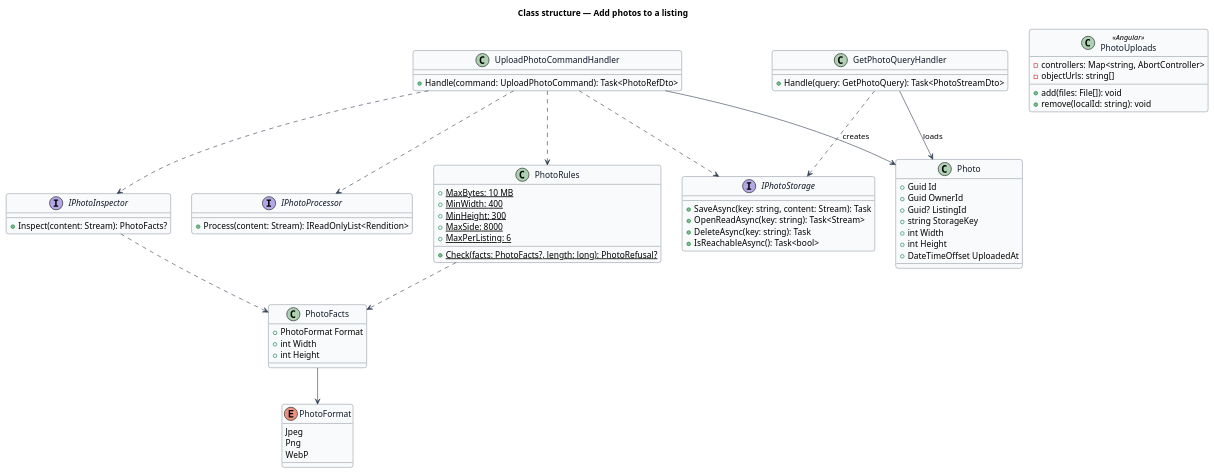
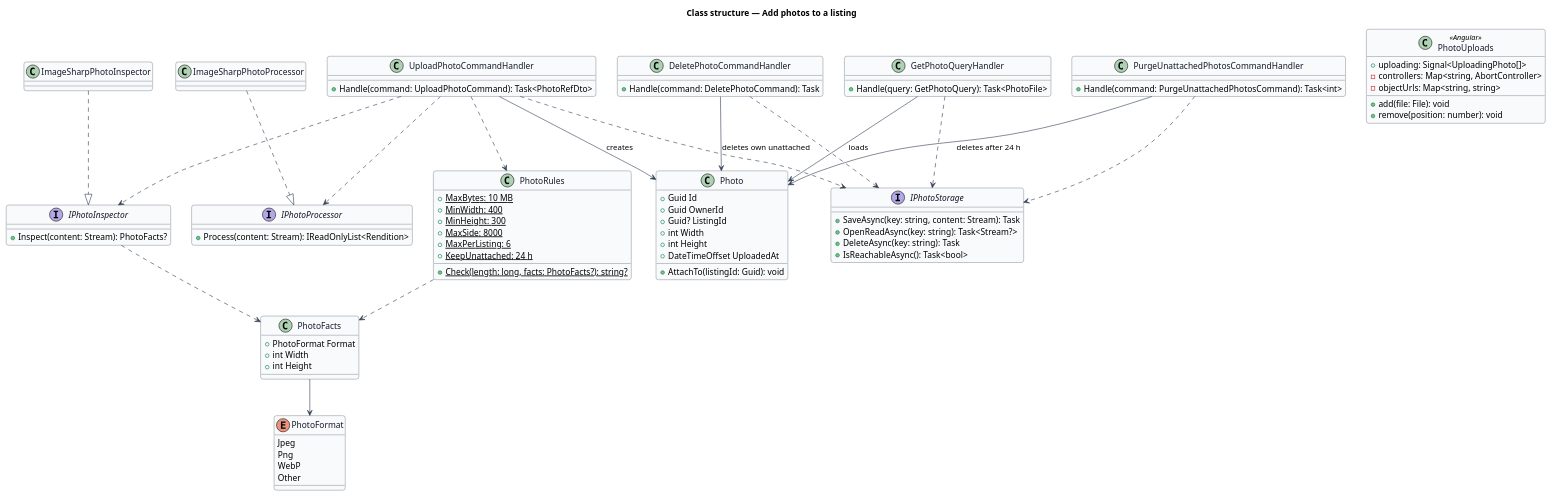
The diagram in docs/detailed-designs/post/add-photos/diagrams/class-structure.puml (QuinntyneBrown/christian-rent), drawn with PlantUML before and after one commit. The commit also changed 33 other files, not shown here.

First line of the commit message:
Decide uploading photos' open points: ADR 0021, the requirements, the photo-failed mock and the add-photos design

```diff
--- a/docs/detailed-designs/post/add-photos/diagrams/class-structure.puml
+++ b/docs/detailed-designs/post/add-photos/diagrams/class-structure.puml
@@ -1,77 +1,94 @@
 @startuml
 ' --- shared skin header ---
 skinparam backgroundColor #FFFFFF
 skinparam shadowing false
 skinparam roundcorner 8
 skinparam defaultFontName Arial
 skinparam ArrowColor #344054
 skinparam class {
   BorderColor #344054
   FontColor #101828
   BackgroundColor #F9FAFB
 }
 ' --------------------------
 title Class structure — Add photos to a listing
 
 class Photo {
   +Guid Id
   +Guid OwnerId
   +Guid? ListingId
-  +string StorageKey
   +int Width
   +int Height
   +DateTimeOffset UploadedAt
+  +AttachTo(listingId: Guid): void
 }
 class PhotoFacts {
   +PhotoFormat Format
   +int Width
   +int Height
 }
 enum PhotoFormat {
   Jpeg
   Png
   WebP
+  Other
 }
 class PhotoRules {
   +{static} MaxBytes: 10 MB
   +{static} MinWidth: 400
   +{static} MinHeight: 300
   +{static} MaxSide: 8000
   +{static} MaxPerListing: 6
-  +{static} Check(facts: PhotoFacts?, length: long): PhotoRefusal?
+  +{static} KeepUnattached: 24 h
+  +{static} Check(length: long, facts: PhotoFacts?): string?
 }
 interface IPhotoInspector {
   +Inspect(content: Stream): PhotoFacts?
 }
 interface IPhotoProcessor {
   +Process(content: Stream): IReadOnlyList<Rendition>
 }
 interface IPhotoStorage {
   +SaveAsync(key: string, content: Stream): Task
-  +OpenReadAsync(key: string): Task<Stream>
+  +OpenReadAsync(key: string): Task<Stream?>
   +DeleteAsync(key: string): Task
   +IsReachableAsync(): Task<bool>
 }
+class ImageSharpPhotoInspector
+class ImageSharpPhotoProcessor
 class UploadPhotoCommandHandler {
   +Handle(command: UploadPhotoCommand): Task<PhotoRefDto>
 }
+class DeletePhotoCommandHandler {
+  +Handle(command: DeletePhotoCommand): Task
+}
+class PurgeUnattachedPhotosCommandHandler {
+  +Handle(command: PurgeUnattachedPhotosCommand): Task<int>
+}
 class GetPhotoQueryHandler {
-  +Handle(query: GetPhotoQuery): Task<PhotoStreamDto>
+  +Handle(query: GetPhotoQuery): Task<PhotoFile>
 }
 class PhotoUploads <<Angular>> {
-  +add(files: File[]): void
-  +remove(localId: string): void
+  +uploading: Signal<UploadingPhoto[]>
+  +add(file: File): void
+  +remove(position: number): void
   -controllers: Map<string, AbortController>
-  -objectUrls: string[]
+  -objectUrls: Map<string, string>
 }
 UploadPhotoCommandHandler ..> IPhotoInspector
 UploadPhotoCommandHandler ..> IPhotoProcessor
 UploadPhotoCommandHandler ..> IPhotoStorage
 UploadPhotoCommandHandler ..> PhotoRules
 UploadPhotoCommandHandler --> Photo : creates
+DeletePhotoCommandHandler --> Photo : deletes own unattached
+DeletePhotoCommandHandler ..> IPhotoStorage
+PurgeUnattachedPhotosCommandHandler --> Photo : deletes after 24 h
+PurgeUnattachedPhotosCommandHandler ..> IPhotoStorage
 GetPhotoQueryHandler --> Photo : loads
 GetPhotoQueryHandler ..> IPhotoStorage
+ImageSharpPhotoInspector ..|> IPhotoInspector
+ImageSharpPhotoProcessor ..|> IPhotoProcessor
 IPhotoInspector ..> PhotoFacts
 PhotoFacts --> PhotoFormat
 PhotoRules ..> PhotoFacts
 @enduml
```
